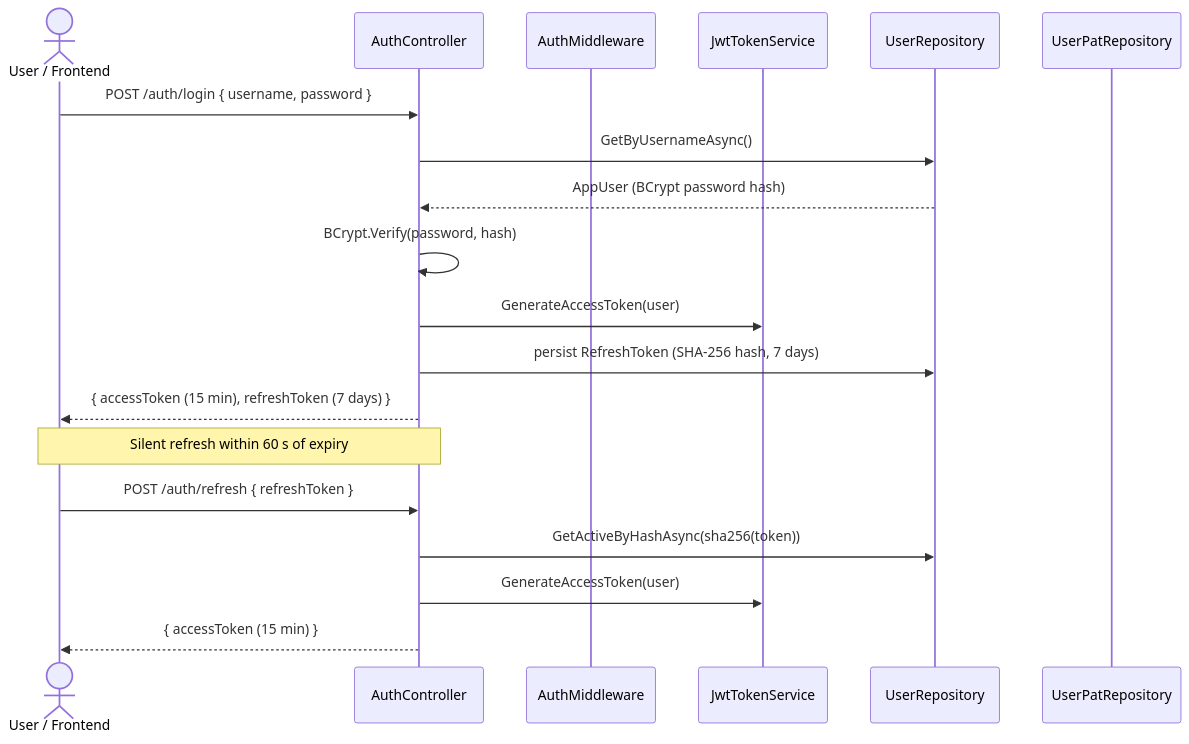
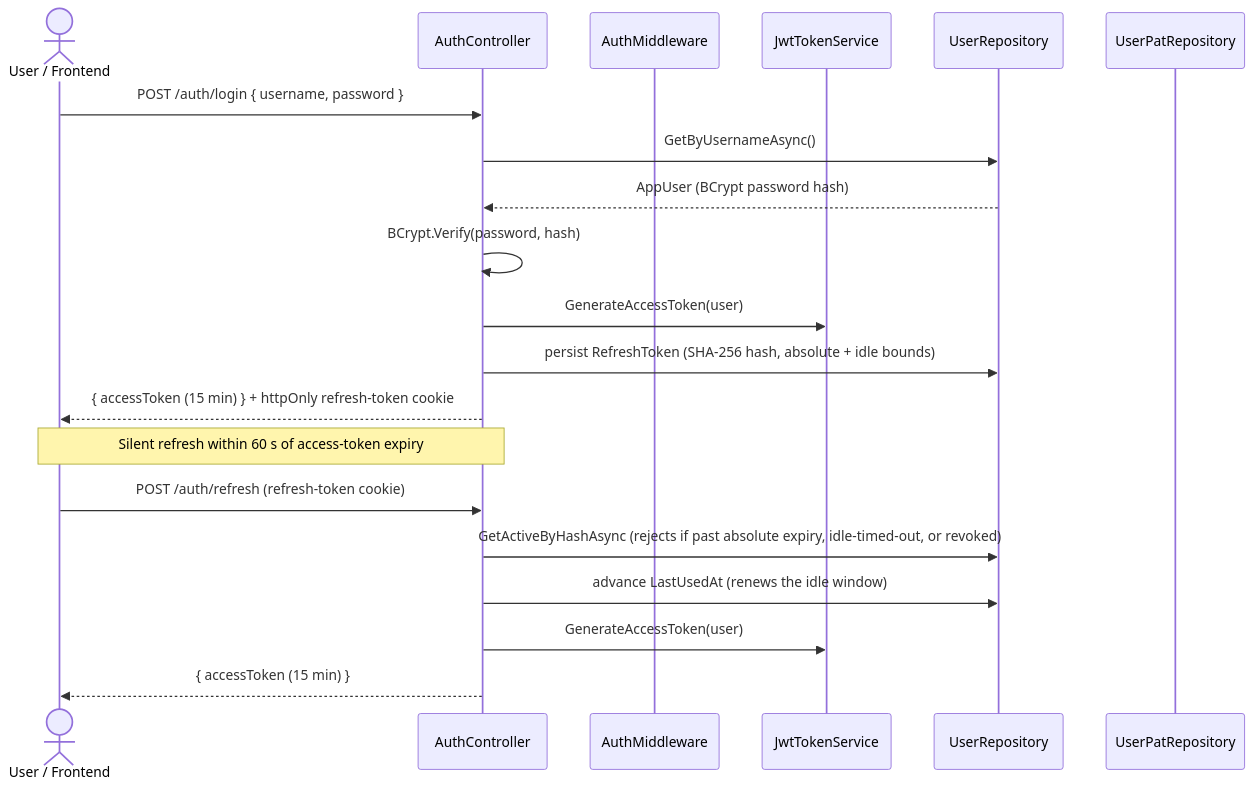
Before and after one commit to meister-dev-ai/propr: the first of 4 diagrams in docs/architecture/security-and-access.md, drawn with Mermaid. The commit also changed other lines of this file and 18 other files, not shown here.

First line of the commit message:
fix(auth): expire idle sessions and cap absolute session lifetime

````diff
--- a/docs/architecture/security-and-access.md
+++ b/docs/architecture/security-and-access.md
@@ -9,24 +9,25 @@
 ```mermaid
 sequenceDiagram
     actor User as User / Frontend
     participant Auth as AuthController
     participant MW as AuthMiddleware
     participant JT as JwtTokenService
     participant UR as UserRepository
     participant PR as UserPatRepository
 
     User->>Auth: POST /auth/login { username, password }
     Auth->>UR: GetByUsernameAsync()
     UR-->>Auth: AppUser (BCrypt password hash)
     Auth->>Auth: BCrypt.Verify(password, hash)
     Auth->>JT: GenerateAccessToken(user)
-    Auth->>UR: persist RefreshToken (SHA-256 hash, 7 days)
-    Auth-->>User: { accessToken (15 min), refreshToken (7 days) }
+    Auth->>UR: persist RefreshToken (SHA-256 hash, absolute + idle bounds)
+    Auth-->>User: { accessToken (15 min) } + httpOnly refresh-token cookie
 
-    Note over User,Auth: Silent refresh within 60 s of expiry
+    Note over User,Auth: Silent refresh within 60 s of access-token expiry
 
-    User->>Auth: POST /auth/refresh { refreshToken }
-    Auth->>UR: GetActiveByHashAsync(sha256(token))
+    User->>Auth: POST /auth/refresh (refresh-token cookie)
+    Auth->>UR: GetActiveByHashAsync (rejects if past absolute expiry, idle-timed-out, or revoked)
+    Auth->>UR: advance LastUsedAt (renews the idle window)
     Auth->>JT: GenerateAccessToken(user)
     Auth-->>User: { accessToken (15 min) }
 ```
````
